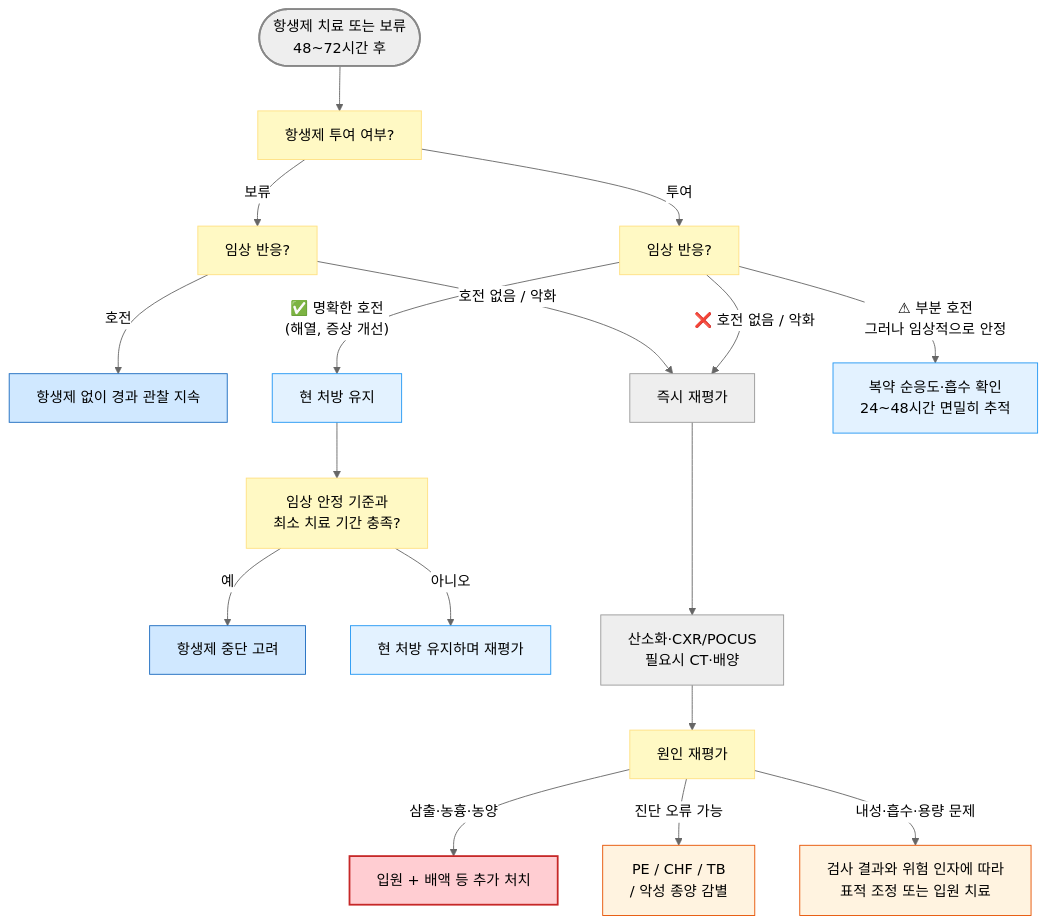
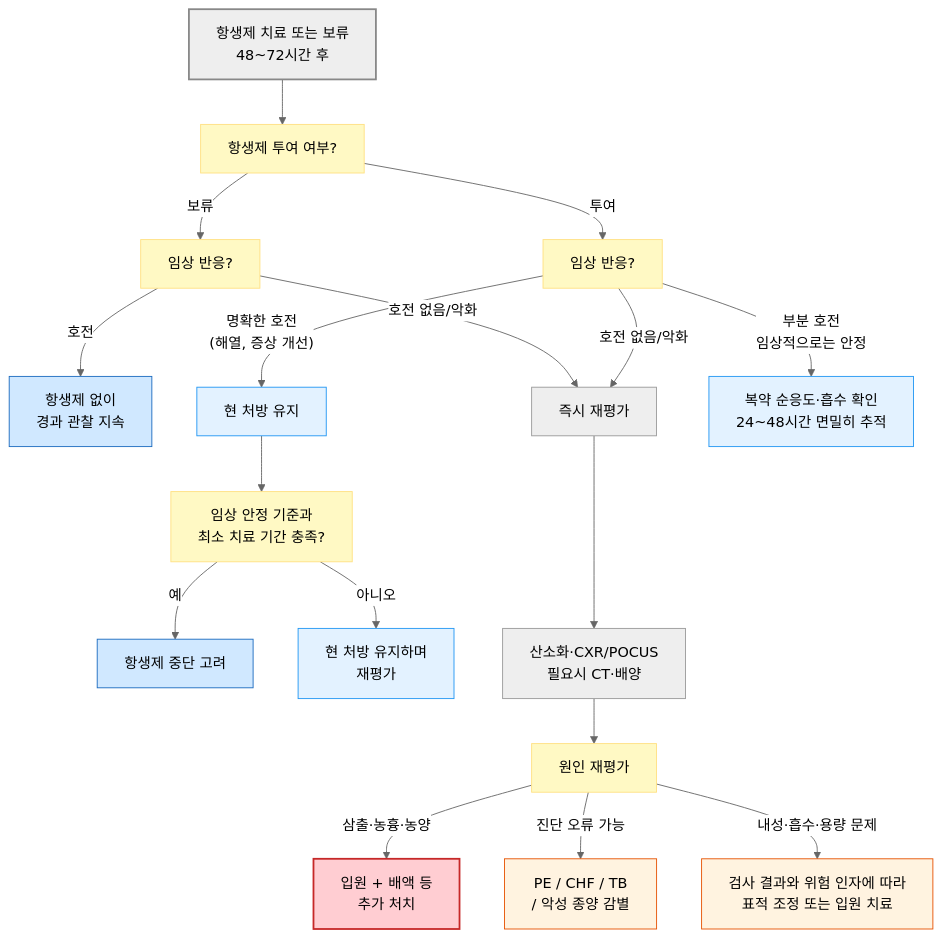
Before and after one commit to familyoh77/familyoh77: the second of 2 diagrams in 223_/068_-pneumonia.md, drawn with Mermaid (neutral theme). The commit also changed other lines of this file, not shown here.

````diff
--- a/223_/068_-pneumonia.md
+++ b/223_/068_-pneumonia.md
@@ -334,33 +332,29 @@
 ```mermaid
 flowchart TD
-    A(["항생제 치료 또는 보류<br/>48~72시간 후"]) --> P["항생제 투여 여부?"]
+    A["항생제 치료 또는 보류<br/>48~72시간 후"] --> P["항생제 투여 여부?"]
     P -- "보류" --> Q["임상 반응?"]
-    Q -- "호전" --> R["항생제 없이 경과 관찰 지속"]
-    Q -- "호전 없음 / 악화" --> J
+    Q -- "호전" --> R["항생제 없이 <br/>경과 관찰 지속"]
+    Q -- "호전 없음/악화" --> J
     P -- "투여" --> B["임상 반응?"]
-
-    B -- "✅ 명확한 호전<br/>(해열, 증상 개선)" --> C["현 처방 유지"]
+    B -- "명확한 호전<br/>(해열, 증상 개선)" --> C["현 처방 유지"]
     C --> D["임상 안정 기준과<br/>최소 치료 기간 충족?"]
     D -- "예" --> E["항생제 중단 고려"]
-    D -- "아니오" --> F["현 처방 유지하며 재평가"]
-
-    B -- "⚠ 부분 호전<br/>그러나 임상적으로 안정" --> G["복약 순응도·흡수 확인<br/>24~48시간 면밀히 추적"]
-
-    B -- "❌ 호전 없음 / 악화" --> J["즉시 재평가"]
+    D -- "아니오" --> F["현 처방 유지하며 <br/>재평가"]
+    B -- "부분 호전<br/>임상적으로는 안정" --> G["복약 순응도·흡수 확인<br/>24~48시간 면밀히 추적"]
+    B -- "호전 없음/악화" --> J["즉시 재평가"]
     J ---> K["산소화·CXR/POCUS<br/>필요시 CT·배양"]
     K --> L["원인 재평가"]
-    L -- "삼출·농흉·농양" --> M["입원 + 배액 등 추가 처치"]
+    L -- "삼출·농흉·농양" --> M["입원 + 배액 등 <br/>추가 처치"]
     L -- "진단 오류 가능" --> N["PE / CHF / TB<br/>/ 악성 종양 감별"]
     L -- "내성·흡수·용량 문제" --> O["검사 결과와 위험 인자에 따라<br/>표적 조정 또는 입원 치료"]
 style A fill:#eeeeee,stroke:#888888,stroke-width:2px
 classDef question fill:#fff9c4,stroke:#ffe082
 class P,Q,B,D,L question
 classDef sky fill:#e3f2ff,stroke:#2196f3
 class C,F,G sky
 classDef orange50 fill:#fff3e0,stroke:#e65100
 class N,O orange50
     style E fill:#d0e8ff,stroke:#1a6abf
     style R fill:#d0e8ff,stroke:#1a6abf
     style M fill:#ffcdd2,stroke:#c62828,stroke-width:2px
-
 ```
````
